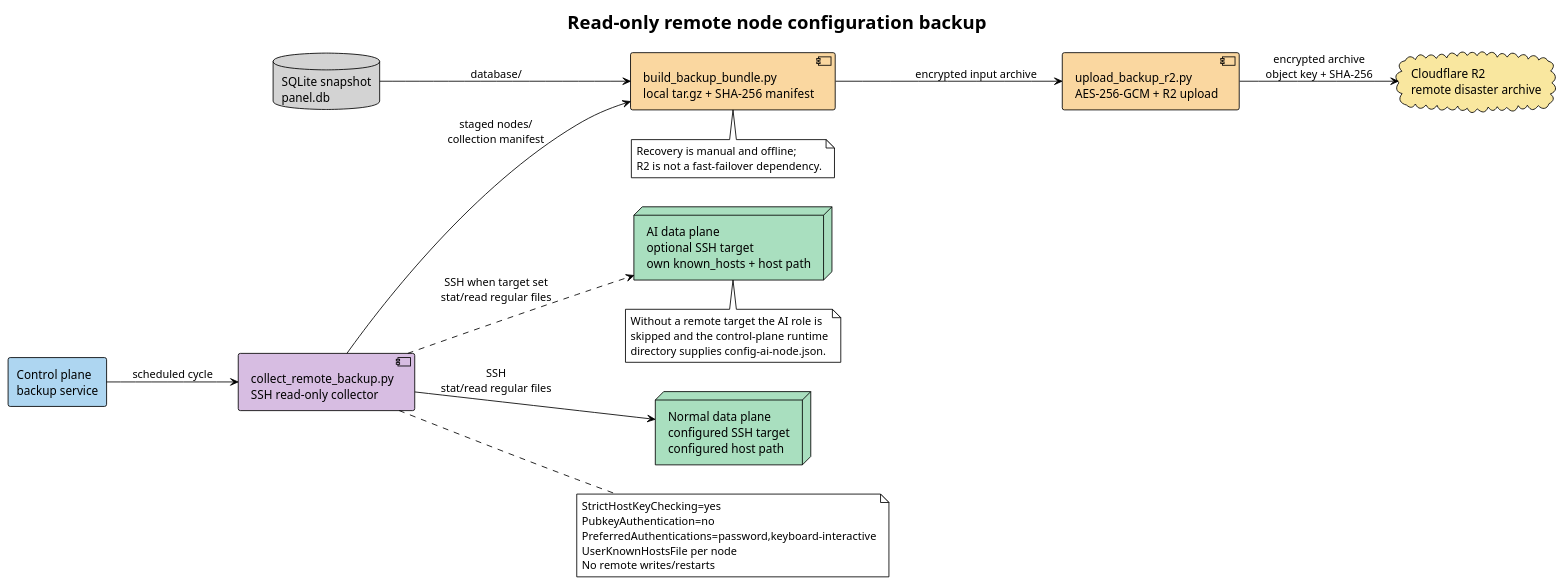
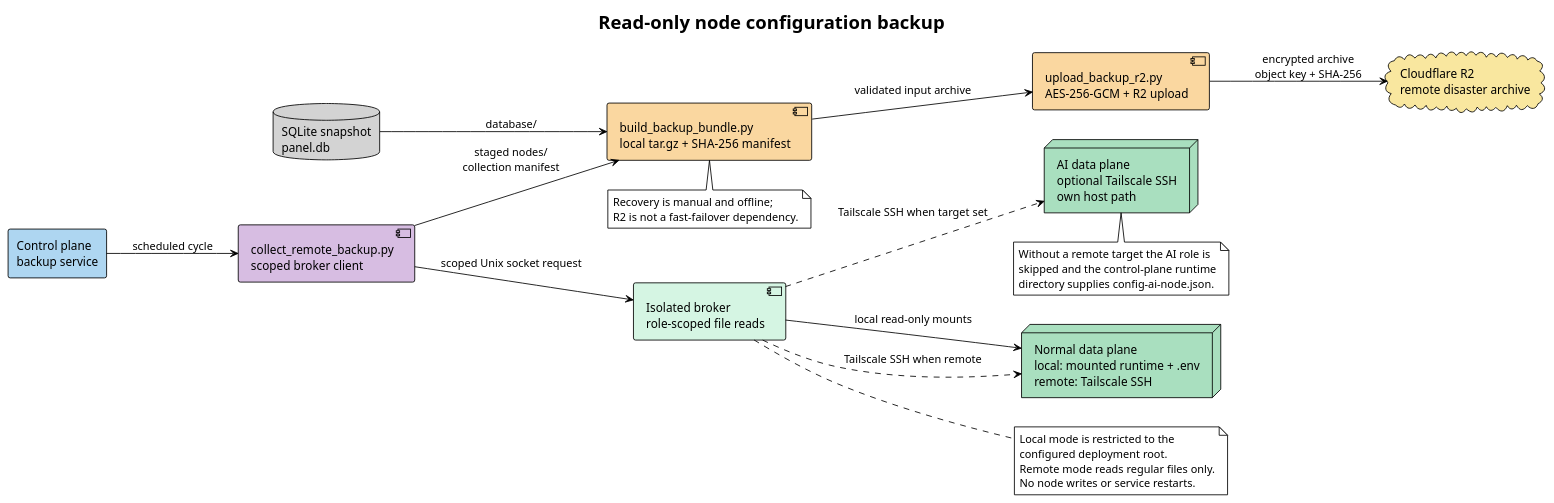
Before and after one commit to i-zrhe2016/ai-routing-panel: the diagram in docs/diagrams/remote-backup-flow.puml, drawn with PlantUML. The commit also changed 16 other files, not shown here.

Commit message:
fix(backup): collect co-located data-plane files (#96)

```diff
--- a/docs/diagrams/remote-backup-flow.puml
+++ b/docs/diagrams/remote-backup-flow.puml
@@ -1,41 +1,43 @@
 @startuml
 !theme plain
-title Read-only remote node configuration backup
+title Read-only node configuration backup
 left to right direction
 
 rectangle "Control plane\nbackup service" as control #AED6F1
-component "collect_remote_backup.py\nSSH read-only collector" as collector #D7BDE2
-node "Normal data plane\nconfigured SSH target\nconfigured host path" as normal #A9DFBF
-node "AI data plane\noptional SSH target\nown known_hosts + host path" as ai #A9DFBF
+component "collect_remote_backup.py\nscoped broker client" as collector #D7BDE2
+component "Isolated broker\nrole-scoped file reads" as broker #D5F5E3
+node "Normal data plane\nlocal: mounted runtime + .env\nremote: Tailscale SSH" as normal #A9DFBF
+node "AI data plane\noptional Tailscale SSH\nown host path" as ai #A9DFBF
 component "build_backup_bundle.py\nlocal tar.gz + SHA-256 manifest" as bundle #FAD7A0
 component "upload_backup_r2.py\nAES-256-GCM + R2 upload" as uploader #FAD7A0
 cloud "Cloudflare R2\nremote disaster archive" as r2 #F9E79F
 database "SQLite snapshot\npanel.db" as db #D3D3D3
 
 control --> collector : scheduled cycle
-collector --> normal : SSH\nstat/read regular files
-collector ..> ai : SSH when target set\nstat/read regular files
+collector --> broker : scoped Unix socket request
+broker --> normal : local read-only mounts
+broker ..> normal : Tailscale SSH when remote
+broker ..> ai : Tailscale SSH when target set
 collector --> bundle : staged nodes/\ncollection manifest
 db --> bundle : database/
-bundle --> uploader : encrypted input archive
+bundle --> uploader : validated input archive
 uploader --> r2 : encrypted archive\nobject key + SHA-256
 
-note right of collector
-  StrictHostKeyChecking=yes
-  PubkeyAuthentication=no
-  PreferredAuthentications=password,keyboard-interactive
-  UserKnownHostsFile per node
-  No remote writes/restarts
+note right of broker
+  Local mode is restricted to the
+  configured deployment root.
+  Remote mode reads regular files only.
+  No node writes or service restarts.
 end note
 
 note bottom of ai
   Without a remote target the AI role is
   skipped and the control-plane runtime
   directory supplies config-ai-node.json.
 end note
 
 note bottom of bundle
   Recovery is manual and offline;
   R2 is not a fast-failover dependency.
 end note
 @enduml
```
